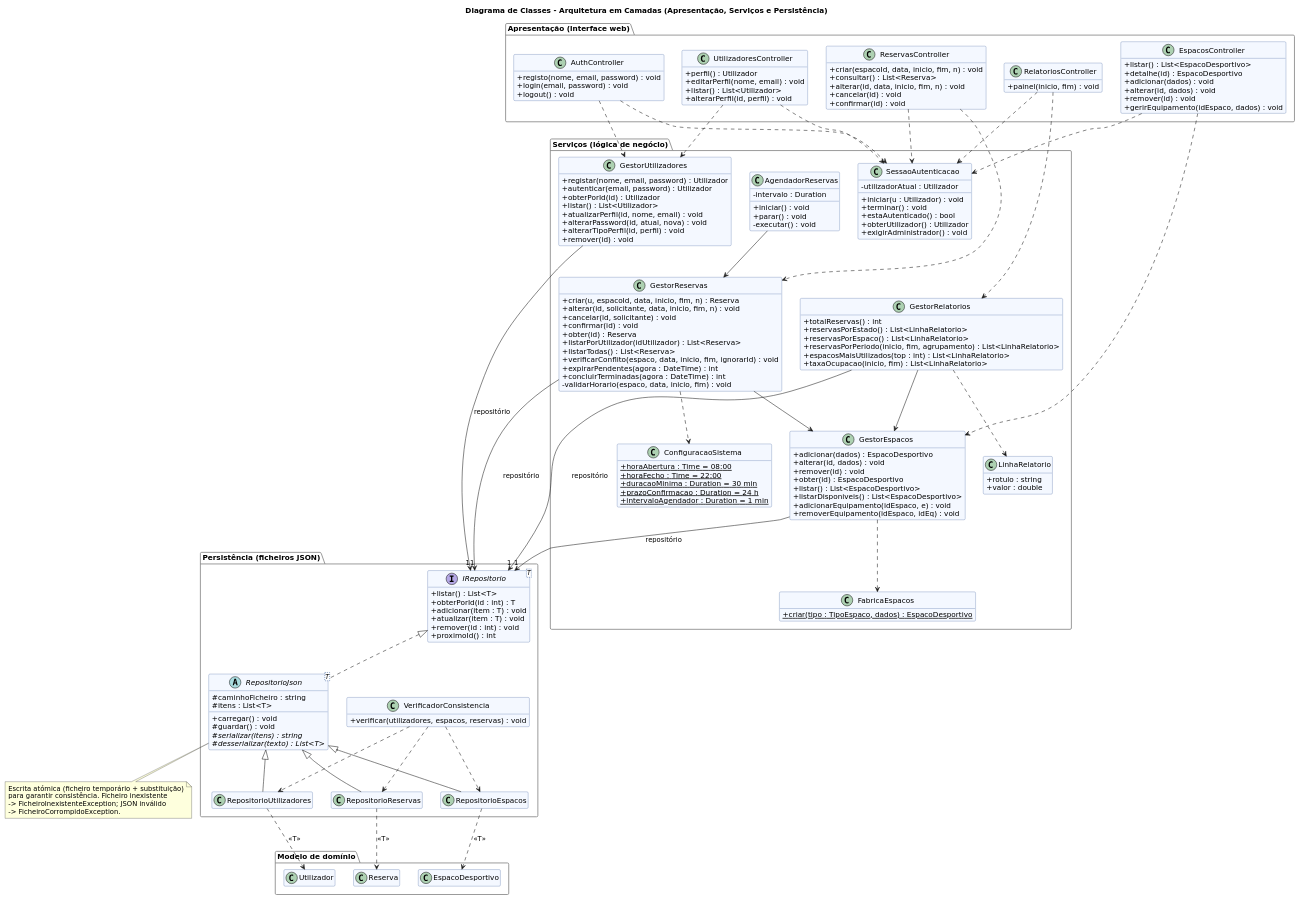
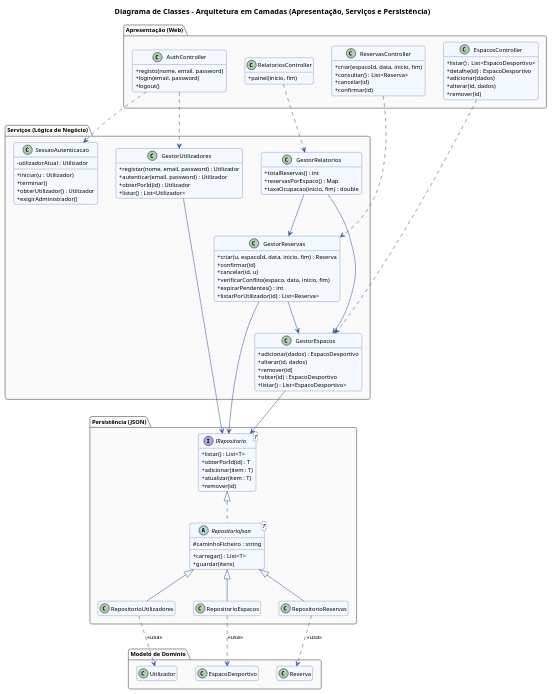
Before and after one commit to SilvaCDC297/ProjetoPOO: the diagram in DA_JS_LP/E1/03_classes_arquitetura.puml, drawn with PlantUML. The commit also changed 16 other files, not shown here.

```diff
--- a/DA_JS_LP/E1/03_classes_arquitetura.puml
+++ b/DA_JS_LP/E1/03_classes_arquitetura.puml
@@ -1,195 +1,135 @@
 @startuml
 title Diagrama de Classes – Arquitetura em Camadas (Apresentação, Serviços e Persistência)
 skinparam shadowing false
 skinparam classAttributeIconSize 0
-skinparam defaultFontName DejaVu Sans
+skinparam defaultFontName "Segoe UI"
+skinparam defaultFontSize 11
+skinparam roundcorner 8
+
 skinparam class {
   BackgroundColor #F4F8FF
   BorderColor #2F5597
+  ArrowColor #2F5597
 }
+
 skinparam package {
+  BackgroundColor #FAFAFA
   BorderColor #7F7F7F
   FontStyle bold
 }
+
 hide empty members
 
-package "Apresentação (interface web)" {
+package "Apresentação (Web)" {
   class AuthController {
-    + registo(nome, email, password) : void
-    + login(email, password) : void
-    + logout() : void
-  }
-  class UtilizadoresController {
-    + perfil() : Utilizador
-    + editarPerfil(nome, email) : void
-    + listar() : List<Utilizador>
-    + alterarPerfil(id, perfil) : void
+    + registo(nome, email, password)
+    + login(email, password)
+    + logout()
   }
   class EspacosController {
     + listar() : List<EspacoDesportivo>
     + detalhe(id) : EspacoDesportivo
-    + adicionar(dados) : void
-    + alterar(id, dados) : void
-    + remover(id) : void
-    + gerirEquipamento(idEspaco, dados) : void
+    + adicionar(dados)
+    + alterar(id, dados)
+    + remover(id)
   }
   class ReservasController {
-    + criar(espacoId, data, inicio, fim, n) : void
+    + criar(espacoId, data, inicio, fim)
     + consultar() : List<Reserva>
-    + alterar(id, data, inicio, fim, n) : void
-    + cancelar(id) : void
-    + confirmar(id) : void
+    + cancelar(id)
+    + confirmar(id)
   }
   class RelatoriosController {
-    + painel(inicio, fim) : void
+    + painel(inicio, fim)
   }
 }
 
-package "Serviços (lógica de negócio)" {
+package "Serviços (Lógica de Negócio)" {
   class SessaoAutenticacao {
     - utilizadorAtual : Utilizador
-    + iniciar(u : Utilizador) : void
-    + terminar() : void
-    + estaAutenticado() : bool
+    + iniciar(u : Utilizador)
+    + terminar()
     + obterUtilizador() : Utilizador
-    + exigirAdministrador() : void
+    + exigirAdministrador()
   }
   class GestorUtilizadores {
     + registar(nome, email, password) : Utilizador
     + autenticar(email, password) : Utilizador
     + obterPorId(id) : Utilizador
     + listar() : List<Utilizador>
-    + atualizarPerfil(id, nome, email) : void
-    + alterarPassword(id, atual, nova) : void
-    + alterarTipoPerfil(id, perfil) : void
-    + remover(id) : void
   }
   class GestorEspacos {
     + adicionar(dados) : EspacoDesportivo
-    + alterar(id, dados) : void
-    + remover(id) : void
+    + alterar(id, dados)
+    + remover(id)
     + obter(id) : EspacoDesportivo
     + listar() : List<EspacoDesportivo>
-    + listarDisponiveis() : List<EspacoDesportivo>
-    + adicionarEquipamento(idEspaco, e) : void
-    + removerEquipamento(idEspaco, idEq) : void
-  }
-  class FabricaEspacos {
-    + {static} criar(tipo : TipoEspaco, dados) : EspacoDesportivo
   }
   class GestorReservas {
-    + criar(u, espacoId, data, inicio, fim, n) : Reserva
-    + alterar(id, solicitante, data, inicio, fim, n) : void
-    + cancelar(id, solicitante) : void
-    + confirmar(id) : void
-    + obter(id) : Reserva
-    + listarPorUtilizador(idUtilizador) : List<Reserva>
-    + listarTodas() : List<Reserva>
-    + verificarConflito(espaco, data, inicio, fim, ignorarId) : void
-    + expirarPendentes(agora : DateTime) : int
-    + concluirTerminadas(agora : DateTime) : int
-    - validarHorario(espaco, data, inicio, fim) : void
+    + criar(u, espacoId, data, inicio, fim) : Reserva
+    + confirmar(id)
+    + cancelar(id, u)
+    + verificarConflito(espaco, data, inicio, fim)
+    + expirarPendentes() : int
+    + listarPorUtilizador(id) : List<Reserva>
   }
   class GestorRelatorios {
     + totalReservas() : int
-    + reservasPorEstado() : List<LinhaRelatorio>
-    + reservasPorEspaco() : List<LinhaRelatorio>
-    + reservasPorPeriodo(inicio, fim, agrupamento) : List<LinhaRelatorio>
-    + espacosMaisUtilizados(top : int) : List<LinhaRelatorio>
-    + taxaOcupacao(inicio, fim) : List<LinhaRelatorio>
-  }
-  class LinhaRelatorio {
-    + rotulo : string
-    + valor : double
-  }
-  class AgendadorReservas {
-    - intervalo : Duration
-    + iniciar() : void
-    + parar() : void
-    - executar() : void
-  }
-  class ConfiguracaoSistema {
-    + {static} horaAbertura : Time = 08:00
-    + {static} horaFecho : Time = 22:00
-    + {static} duracaoMinima : Duration = 30 min
-    + {static} prazoConfirmacao : Duration = 24 h
-    + {static} intervaloAgendador : Duration = 1 min
+    + reservasPorEspaco() : Map
+    + taxaOcupacao(inicio, fim) : double
   }
 }
 
-package "Persistência (ficheiros JSON)" {
+package "Persistência (JSON)" {
   interface IRepositorio<T> {
     + listar() : List<T>
-    + obterPorId(id : int) : T
-    + adicionar(item : T) : void
-    + atualizar(item : T) : void
-    + remover(id : int) : void
-    + proximoId() : int
+    + obterPorId(id) : T
+    + adicionar(item : T)
+    + atualizar(item : T)
+    + remover(id)
   }
   abstract class RepositorioJson<T> {
     # caminhoFicheiro : string
-    # itens : List<T>
-    + carregar() : void
-    # guardar() : void
-    # {abstract} serializar(itens) : string
-    # {abstract} desserializar(texto) : List<T>
+    + carregar() : List<T>
+    + guardar(itens)
   }
   class RepositorioUtilizadores
   class RepositorioEspacos
   class RepositorioReservas
-  class VerificadorConsistencia {
-    + verificar(utilizadores, espacos, reservas) : void
-  }
 }
 
-package "Modelo de domínio" as dominio {
+package "Modelo de Domínio" {
   class Utilizador
   class EspacoDesportivo
   class Reserva
 }
 
-' Apresentação -> Serviços
+' Relações Apresentação -> Serviços
 AuthController ..> GestorUtilizadores
 AuthController ..> SessaoAutenticacao
-UtilizadoresController ..> GestorUtilizadores
-UtilizadoresController ..> SessaoAutenticacao
 EspacosController ..> GestorEspacos
-EspacosController ..> SessaoAutenticacao
 ReservasController ..> GestorReservas
-ReservasController ..> SessaoAutenticacao
 RelatoriosController ..> GestorRelatorios
-RelatoriosController ..> SessaoAutenticacao
 
 ' Serviços entre si
-GestorEspacos ..> FabricaEspacos
 GestorReservas --> GestorEspacos
 GestorRelatorios --> GestorEspacos
-AgendadorReservas --> GestorReservas
-GestorReservas ..> ConfiguracaoSistema
-GestorRelatorios ..> LinhaRelatorio
+GestorRelatorios --> GestorReservas
 
 ' Serviços -> Persistência
-GestorUtilizadores --> "1" IRepositorio : repositório
-GestorEspacos --> "1" IRepositorio : repositório
-GestorReservas --> "1" IRepositorio : repositório
-GestorRelatorios --> "1" IRepositorio : repositório
+GestorUtilizadores --> IRepositorio
+GestorEspacos --> IRepositorio
+GestorReservas --> IRepositorio
 
-' Persistência
+' Implementação da Persistência
 IRepositorio <|.. RepositorioJson
 RepositorioJson <|-- RepositorioUtilizadores
 RepositorioJson <|-- RepositorioEspacos
 RepositorioJson <|-- RepositorioReservas
-RepositorioUtilizadores ..> Utilizador : <<T>>
-RepositorioEspacos ..> EspacoDesportivo : <<T>>
-RepositorioReservas ..> Reserva : <<T>>
-VerificadorConsistencia ..> RepositorioReservas
-VerificadorConsistencia ..> RepositorioEspacos
-VerificadorConsistencia ..> RepositorioUtilizadores
 
-note bottom of RepositorioJson
-  Escrita atómica (ficheiro temporário + substituição)
-  para garantir consistência. Ficheiro inexistente
-  -> FicheiroInexistenteException; JSON inválido
-  -> FicheiroCorrompidoException.
-end note
+' Persistência -> Domínio
+RepositorioUtilizadores ..> Utilizador : <<usa>>
+RepositorioEspacos ..> EspacoDesportivo : <<usa>>
+RepositorioReservas ..> Reserva : <<usa>>
+
 @enduml
```
